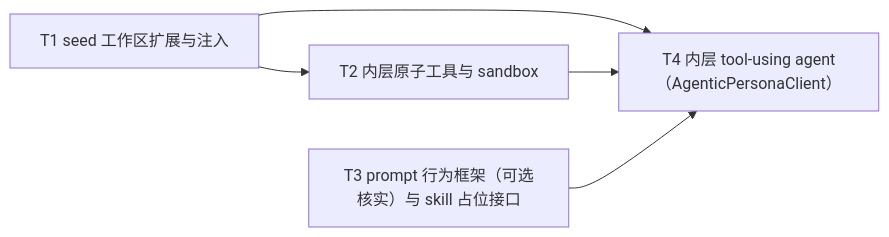
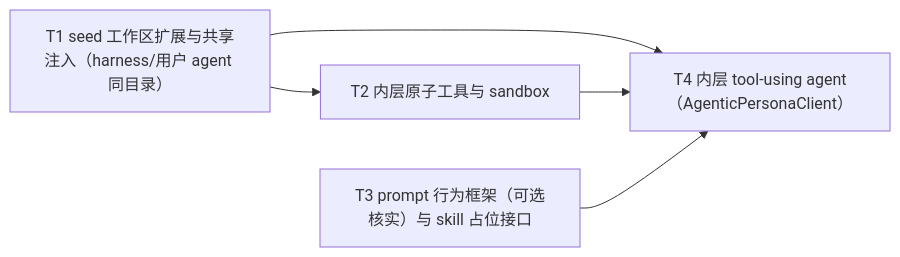
Before and after one commit to Curry09/AHE-Beta: the diagram in docs/specs/0008-user-agent-inner-tooluse/summary.md, drawn with Mermaid. The commit also changed other lines of this file and 12 other files, not shown here.

First line of the commit message:
fix(0008/T1): harness 与用户 agent 共享同一工作区（掰正私有副本缺陷）

````diff
--- a/docs/specs/0008-user-agent-inner-tooluse/summary.md
+++ b/docs/specs/0008-user-agent-inner-tooluse/summary.md
@@ -57,11 +62,11 @@
 ```mermaid
 graph LR
-    nT1["T1 seed 工作区扩展与注入"]
+    nT1["T1 seed 工作区扩展与共享注入（harness/用户 agent 同目录）"]
     nT2["T2 内层原子工具与 sandbox"]
     nT3["T3 prompt 行为框架（可选核实）与 skill 占位接口"]
     nT4["T4 内层 tool-using agent（AgenticPersonaClient）"]
     nT1 --> nT2
     nT1 --> nT4
     nT2 --> nT4
     nT3 --> nT4
 ```
````
